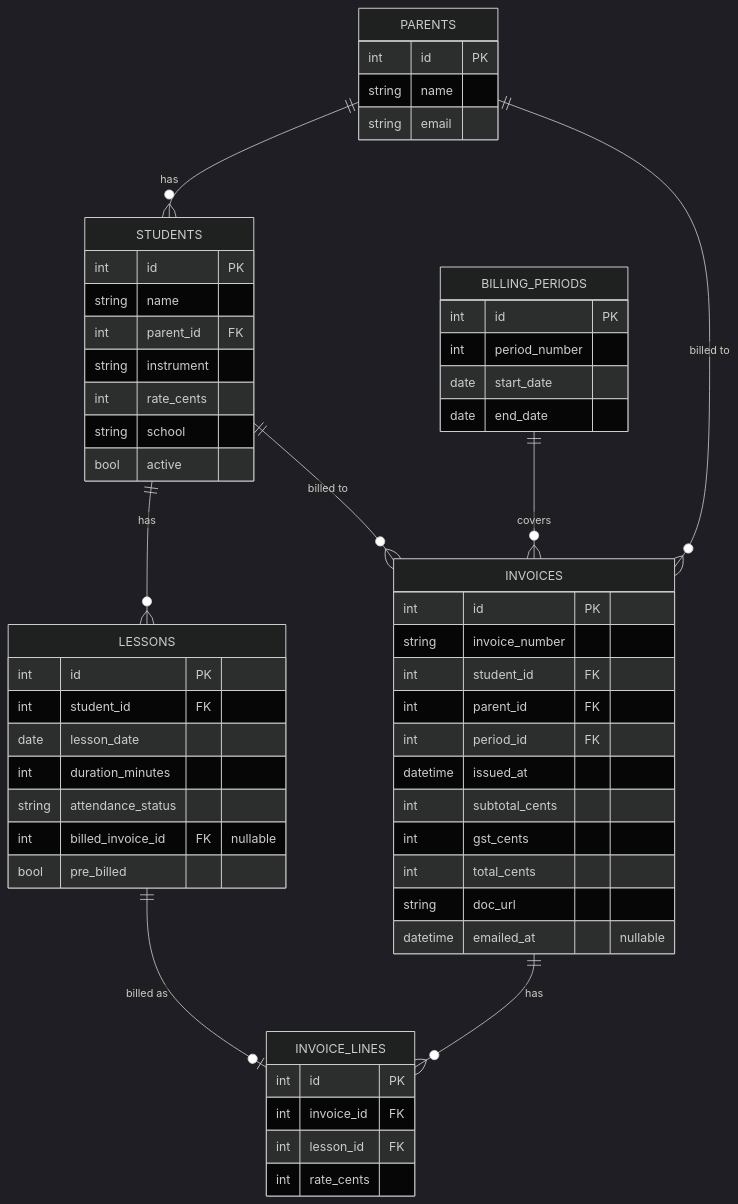
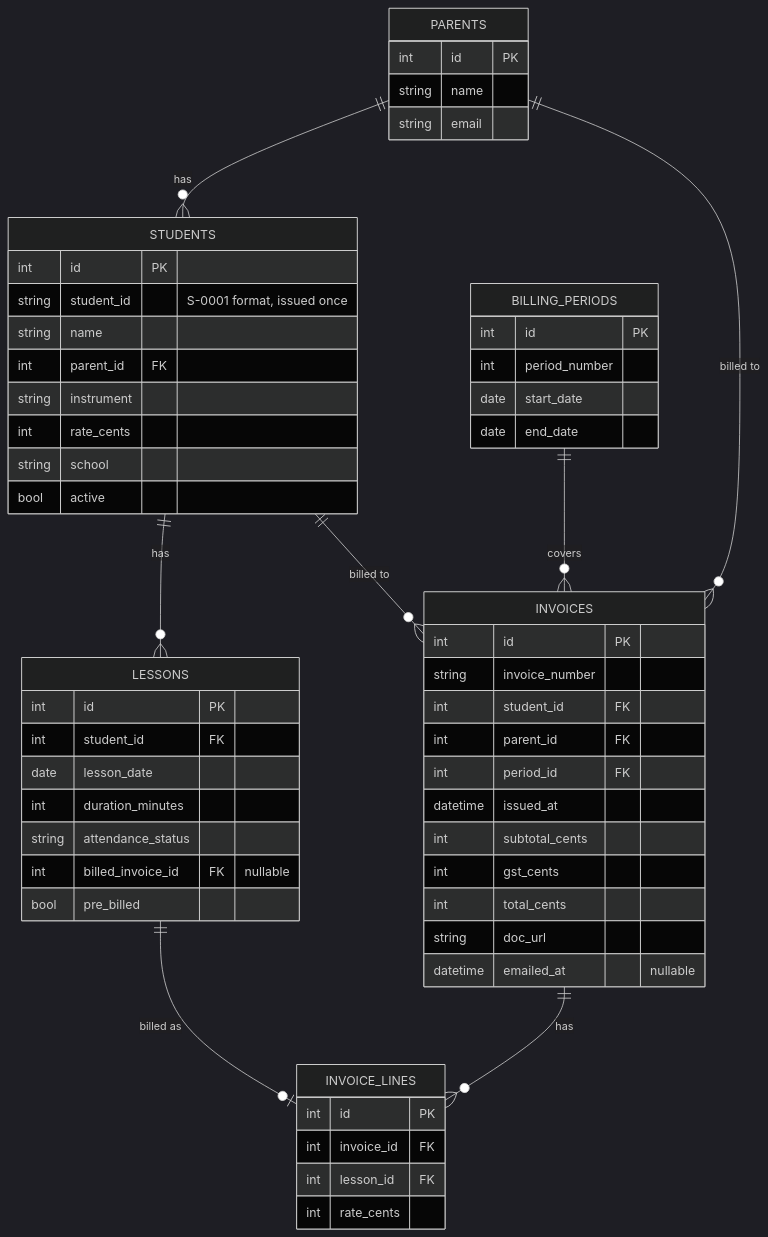
Before and after one commit to Bergstefann/automated-invoicing-system: the second of 2 diagrams in README.md, drawn with Mermaid (dark theme). The commit also changed other lines of this file and 6 other files, not shown here.

````diff
--- a/README.md
+++ b/README.md
@@ -100,59 +115,60 @@
 ```mermaid
 erDiagram
     PARENTS ||--o{ STUDENTS : has
     STUDENTS ||--o{ LESSONS : has
     STUDENTS ||--o{ INVOICES : "billed to"
     PARENTS ||--o{ INVOICES : "billed to"
     BILLING_PERIODS ||--o{ INVOICES : covers
     INVOICES ||--o{ INVOICE_LINES : has
     LESSONS ||--o| INVOICE_LINES : "billed as"
 
     PARENTS {
         int id PK
         string name
         string email
     }
     STUDENTS {
         int id PK
+        string student_id "S-0001 format, issued once"
         string name
         int parent_id FK
         string instrument
         int rate_cents
         string school
         bool active
     }
     LESSONS {
         int id PK
         int student_id FK
         date lesson_date
         int duration_minutes
         string attendance_status
         int billed_invoice_id FK "nullable"
         bool pre_billed
     }
     BILLING_PERIODS {
         int id PK
         int period_number
         date start_date
         date end_date
     }
     INVOICES {
         int id PK
         string invoice_number
         int student_id FK
         int parent_id FK
         int period_id FK
         datetime issued_at
         int subtotal_cents
         int gst_cents
         int total_cents
         string doc_url
         datetime emailed_at "nullable"
     }
     INVOICE_LINES {
         int id PK
         int invoice_id FK
         int lesson_id FK
         int rate_cents
     }
 ```
````
